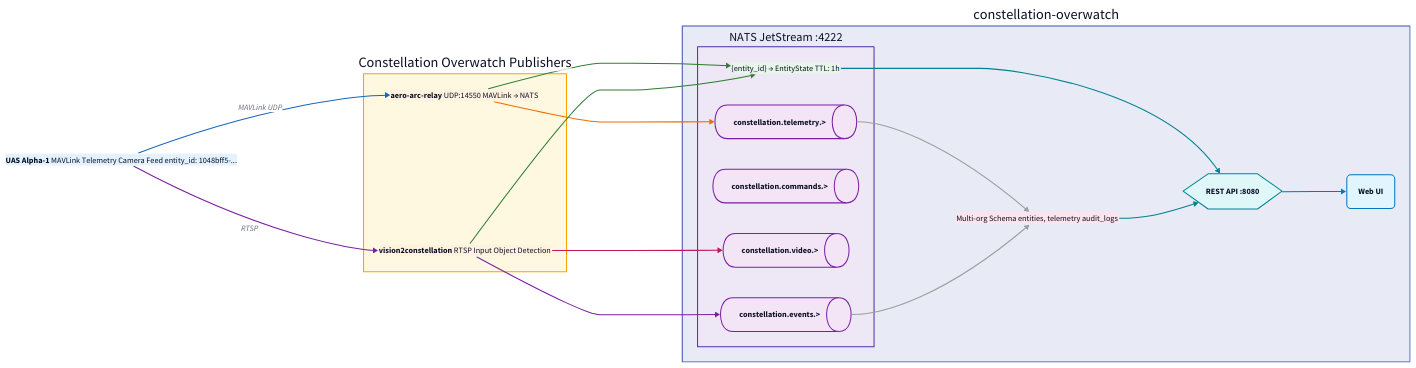
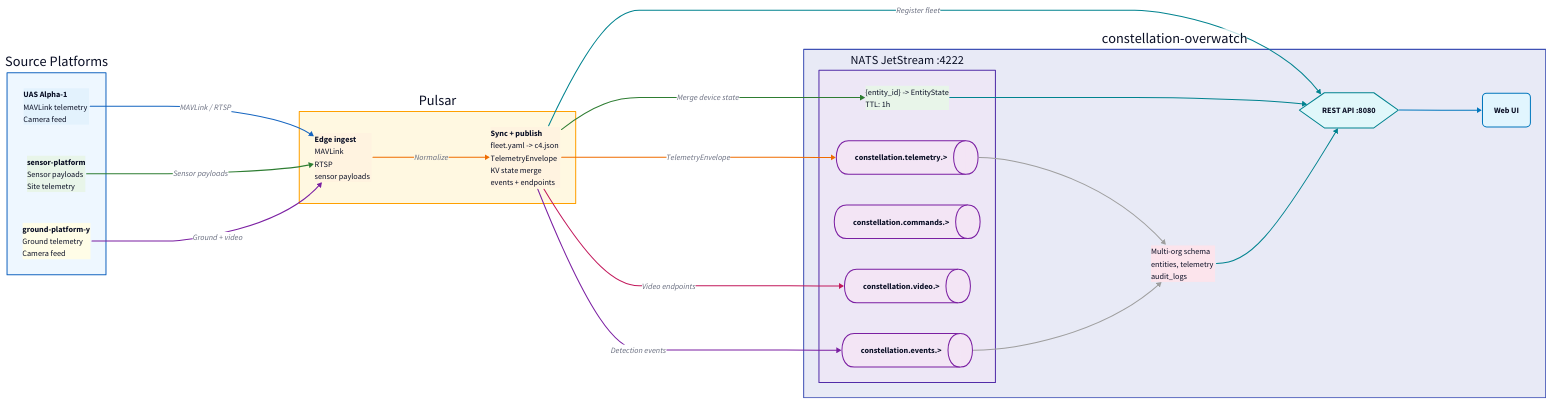
One commit to Constellation-Overwatch/docs changed the diagram in public/design/archiecture.d2. Above: the diagram before and after it, drawn with D2. The commit also changed 3 other files, not shown here.

Commit message:
docs: update d2 architecture

```diff
--- a/public/design/archiecture.d2
+++ b/public/design/archiecture.d2
@@ -3,46 +3,75 @@
 direction: right
 
 # ═══════════════════════════════════════════════════════════
-# EDGE DEVICE
+# SOURCE PLATFORMS
 # ═══════════════════════════════════════════════════════════
 
-uas: UAS Alpha-1 {
-  style.fill: "#e3f2fd"
+sources: Source Platforms {
+  style.fill: "#eef7ff"
   style.stroke: "#1565c0"
-  style.border-radius: 8
-  label: |md
-    **UAS Alpha-1**
-    MAVLink Telemetry
-    Camera Feed
-    entity_id: 1048bff5-...
-  |
+
+  uas-alpha-1: UAS Alpha-1 {
+    style.fill: "#e3f2fd"
+    style.stroke: "#1565c0"
+    style.border-radius: 8
+    label: |md
+      **UAS Alpha-1**<br />
+      MAVLink telemetry<br />
+      Camera feed
+    |
+  }
+
+  sensor-platform: sensor-platform {
+    style.fill: "#e8f5e9"
+    style.stroke: "#2e7d32"
+    style.border-radius: 8
+    label: |md
+      **sensor-platform**<br />
+      Sensor payloads<br />
+      Site telemetry
+    |
+  }
+
+  ground-platform-y: ground-platform-y {
+    style.fill: "#fffde7"
+    style.stroke: "#f9a825"
+    style.border-radius: 8
+    label: |md
+      **ground-platform-y**<br />
+      Ground telemetry<br />
+      Camera feed
+    |
+  }
 }
 
 # ═══════════════════════════════════════════════════════════
-# Overwatch Bridge & Integration LAYER
+# PULSAR EDGE SYNC AGENT
 # ═══════════════════════════════════════════════════════════
 
-relay: Constellation Overwatch Publishers {
+publisher: Pulsar {
   style.fill: "#fff8e1"
   style.stroke: "#ffa000"
 
-  aero-arc: aero-arc-relay {
+  ingest: Edge ingest {
     style.fill: "#fff3e0"
     style.stroke: "#ef6c00"
     label: |md
-      **aero-arc-relay**
-      UDP:14550
-      MAVLink → NATS
+      **Edge ingest**<br />
+      MAVLink<br />
+      RTSP<br />
+      sensor payloads
     |
   }
 
-  vision: vision2constellation {
+  publish: Sync + publish {
     style.fill: "#fff3e0"
     style.stroke: "#ef6c00"
     label: |md
-      **vision2constellation**
-      RTSP Input
-      Object Detection
+      **Sync + publish**<br />
+      fleet.yaml -> c4.json<br />
+      TelemetryEnvelope<br />
+      KV state merge<br />
+      events + endpoints
     |
   }
 }
@@ -95,7 +124,7 @@
       style.fill: "#e8f5e9"
       style.stroke: "#2e7d32"
       label: |md
-        {entity_id} → EntityState
+        {entity_id} -> EntityState<br />
         TTL: 1h
       |
     }
@@ -106,8 +135,8 @@
     style.fill: "#fce4ec"
     style.stroke: "#c2185b"
     label: |md
-      Multi-org Schema
-      entities, telemetry
+      Multi-org schema<br />
+      entities, telemetry<br />
       audit_logs
     |
   }
@@ -129,40 +158,50 @@
 # CONNECTIONS
 # ═══════════════════════════════════════════════════════════
 
-# Edge to Relay
-uas -> relay.aero-arc: MAVLink UDP {
+# Sources to Pulsar
+sources.uas-alpha-1 -> publisher.ingest: MAVLink / RTSP {
   style.stroke: "#1565c0"
   style.stroke-width: 2
 }
 
-uas -> relay.vision: RTSP {
+sources.sensor-platform -> publisher.ingest: Sensor payloads {
+  style.stroke: "#2e7d32"
+  style.stroke-width: 2
+}
+
+sources.ground-platform-y -> publisher.ingest: Ground + video {
   style.stroke: "#7b1fa2"
   style.stroke-width: 2
 }
 
-# Relay to NATS
-relay.aero-arc -> overwatch.nats.telemetry: {
+publisher.ingest -> publisher.publish: Normalize {
+  style.stroke: "#ef6c00"
+}
+
+# Pulsar to Overwatch
+publisher.publish -> overwatch.api: Register fleet {
+  style.stroke: "#00838f"
+  style.stroke-width: 2
+}
+
+publisher.publish -> overwatch.nats.telemetry: TelemetryEnvelope {
   style.stroke: "#ef6c00"
   style.stroke-width: 2
 }
 
-relay.aero-arc -> overwatch.nats.kv: {
+publisher.publish -> overwatch.nats.kv: Merge device state {
   style.stroke: "#2e7d32"
   style.stroke-width: 2
 }
 
-relay.vision -> overwatch.nats.events: {
+publisher.publish -> overwatch.nats.events: Detection events {
   style.stroke: "#7b1fa2"
   style.stroke-width: 2
 }
 
-relay.vision -> overwatch.nats.video: {
+publisher.publish -> overwatch.nats.video: Video endpoints {
   style.stroke: "#c2185b"
   style.stroke-width: 2
-}
-
-relay.vision -> overwatch.nats.kv: {
-  style.stroke: "#2e7d32"
 }
 
 # Internal Overwatch
```
